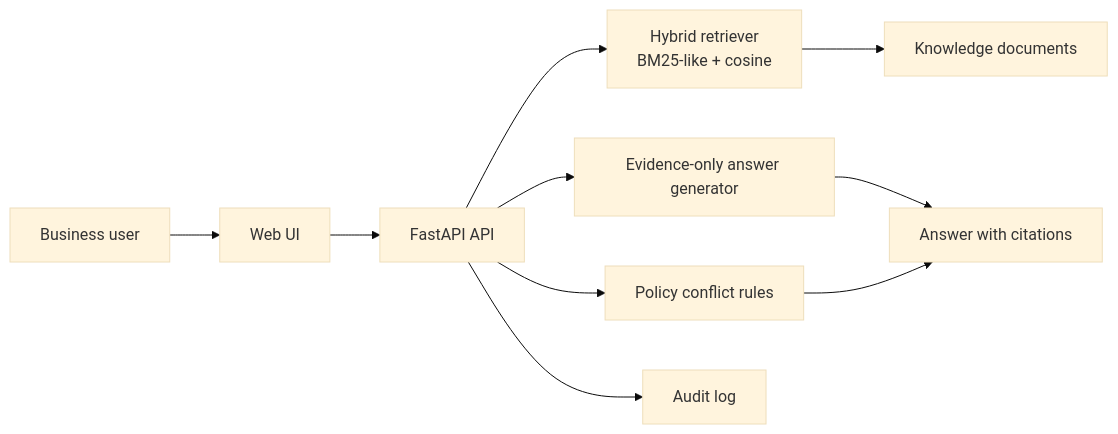
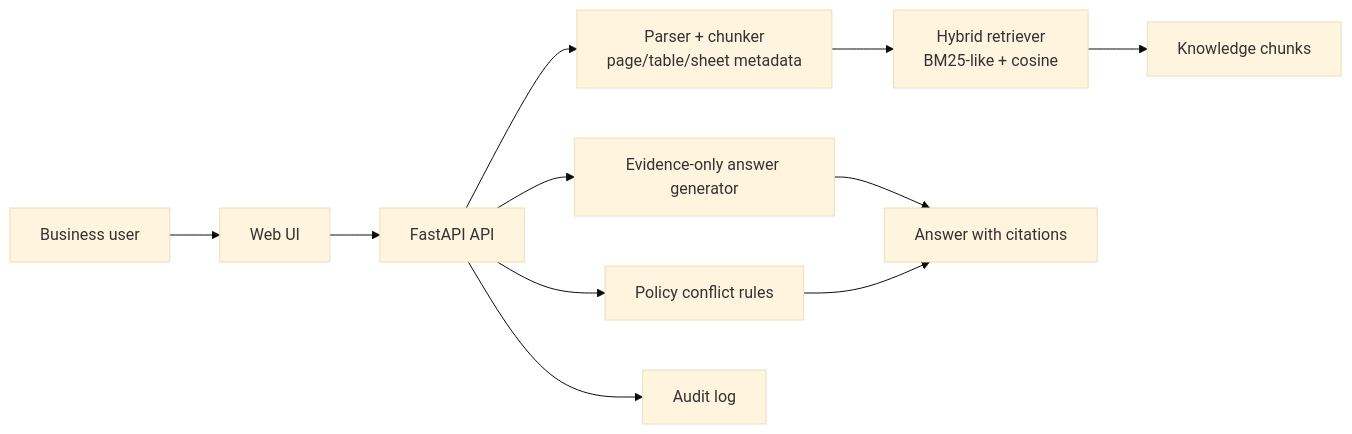
Before and after one commit to lfybtx/enterprise-knowledge-audit-agent: the diagram in docs/architecture.md, drawn with Mermaid (base theme). The commit also changed other lines of this file and 12 other files, not shown here.

````diff
--- a/docs/architecture.md
+++ b/docs/architecture.md
@@ -3,12 +3,13 @@
 ```mermaid
 flowchart LR
     U["Business user"] --> W["Web UI"]
     W --> A["FastAPI API"]
-    A --> R["Hybrid retriever<br/>BM25-like + cosine"]
-    R --> K["Knowledge documents"]
+    A --> P["Parser + chunker<br/>page/table/sheet metadata"]
+    P --> R["Hybrid retriever<br/>BM25-like + cosine"]
+    R --> K["Knowledge chunks"]
     A --> G["Evidence-only answer generator"]
     A --> C["Policy conflict rules"]
     G --> O["Answer with citations"]
     C --> O
     A --> L["Audit log"]
 ```
````
